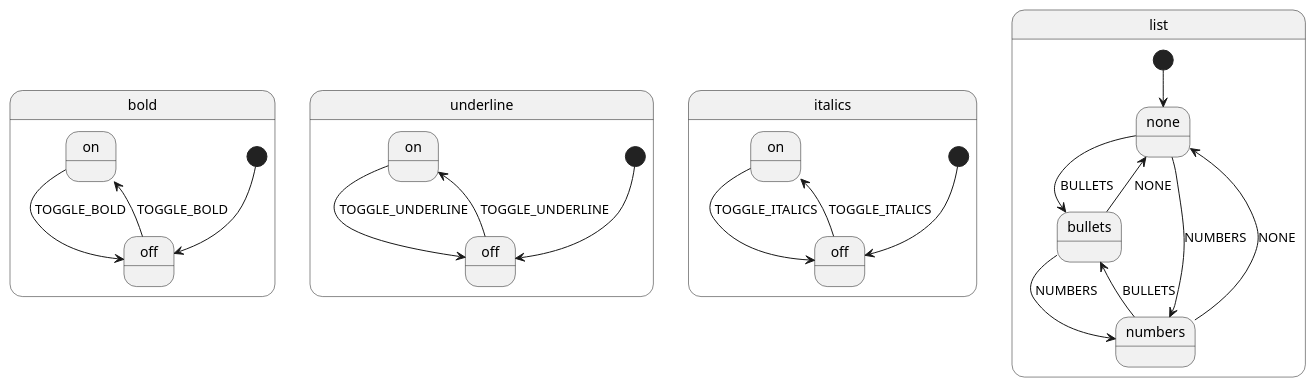
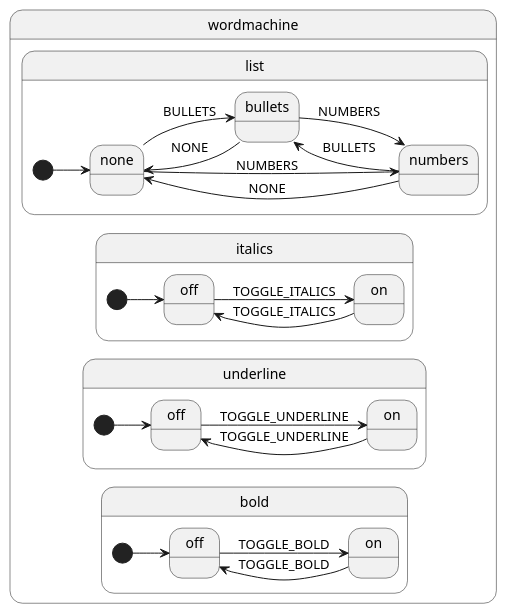
One commit to lucmartens/xstate-plantuml changed the diagram in examples/parallel.puml. Above: the diagram before and after it, drawn with PlantUML. The commit also changed 25 other files, not shown here.

```diff
--- a/examples/parallel.puml
+++ b/examples/parallel.puml
@@ -1,35 +1,59 @@
 @startuml
-    state "bold" as bold {
-        state "on" as bold_on
-        state "off" as bold_off
-        [*] --> bold_off 
-        bold_on --> bold_off : TOGGLE_BOLD
-        bold_off --> bold_on : TOGGLE_BOLD
+left to right direction
+state "wordmachine" as wordmachine {
+  state "bold" as wordmachine.bold {
+    [*] --> wordmachine.bold.off
+
+    state "on" as wordmachine.bold.on {
+      wordmachine.bold.on --> wordmachine.bold.off : TOGGLE_BOLD
     }
-    state "underline" as underline {
-        state "on" as underline_on
-        state "off" as underline_off
-        [*] --> underline_off 
-        underline_on --> underline_off : TOGGLE_UNDERLINE
-        underline_off --> underline_on : TOGGLE_UNDERLINE
+
+    state "off" as wordmachine.bold.off {
+      wordmachine.bold.off --> wordmachine.bold.on : TOGGLE_BOLD
     }
-    state "italics" as italics {
-        state "on" as italics_on
-        state "off" as italics_off
-        [*] --> italics_off 
-        italics_on --> italics_off : TOGGLE_ITALICS
-        italics_off --> italics_on : TOGGLE_ITALICS
+  }
+
+  state "underline" as wordmachine.underline {
+    [*] --> wordmachine.underline.off
+
+    state "on" as wordmachine.underline.on {
+      wordmachine.underline.on --> wordmachine.underline.off : TOGGLE_UNDERLINE
     }
-    state "list" as list {
-        state "none" as list_none
-        state "bullets" as list_bullets
-        state "numbers" as list_numbers
-        [*] --> list_none 
-        list_none --> list_bullets : BULLETS
-        list_none --> list_numbers : NUMBERS
-        list_bullets --> list_none : NONE
-        list_bullets --> list_numbers : NUMBERS
-        list_numbers --> list_bullets : BULLETS
-        list_numbers --> list_none : NONE
+
+    state "off" as wordmachine.underline.off {
+      wordmachine.underline.off --> wordmachine.underline.on : TOGGLE_UNDERLINE
     }
+  }
+
+  state "italics" as wordmachine.italics {
+    [*] --> wordmachine.italics.off
+
+    state "on" as wordmachine.italics.on {
+      wordmachine.italics.on --> wordmachine.italics.off : TOGGLE_ITALICS
+    }
+
+    state "off" as wordmachine.italics.off {
+      wordmachine.italics.off --> wordmachine.italics.on : TOGGLE_ITALICS
+    }
+  }
+
+  state "list" as wordmachine.list {
+    [*] --> wordmachine.list.none
+
+    state "none" as wordmachine.list.none {
+      wordmachine.list.none --> wordmachine.list.bullets : BULLETS
+      wordmachine.list.none --> wordmachine.list.numbers : NUMBERS
+    }
+
+    state "bullets" as wordmachine.list.bullets {
+      wordmachine.list.bullets --> wordmachine.list.none : NONE
+      wordmachine.list.bullets --> wordmachine.list.numbers : NUMBERS
+    }
+
+    state "numbers" as wordmachine.list.numbers {
+      wordmachine.list.numbers --> wordmachine.list.bullets : BULLETS
+      wordmachine.list.numbers --> wordmachine.list.none : NONE
+    }
+  }
+}
 @enduml
```
